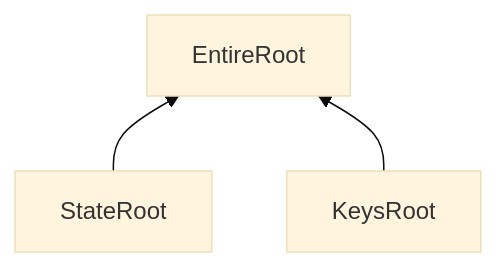
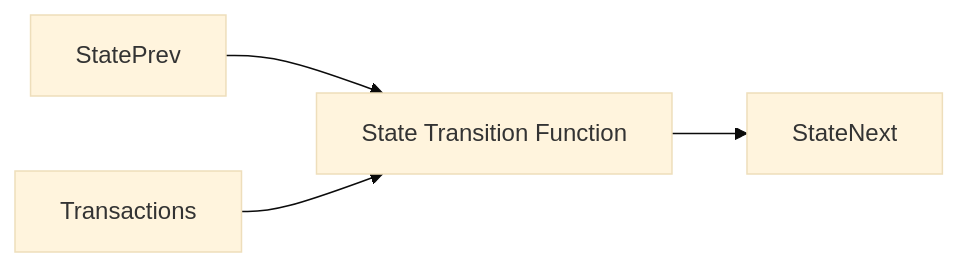
The first of 5 diagrams in whitepaper/whitepaper.md (sunriselayer/interliquid-sdk), drawn with Mermaid (base theme) before and after one commit. The commit also changed other lines of this file, not shown here.

````diff
--- a/whitepaper/whitepaper.md
+++ b/whitepaper/whitepaper.md
@@ -161,5 +119,6 @@
-<div class="mermaid">
-graph BT
-    State[StateRoot] --> Entire[EntireRoot]
-    Keys[KeysRoot] --> Entire
-</div>
+```mermaid
+graph LR
+    A[StatePrev] --> C[State Transition Function]
+    B[Transactions] --> C
+    C --> D[StateNext]
+```
````
